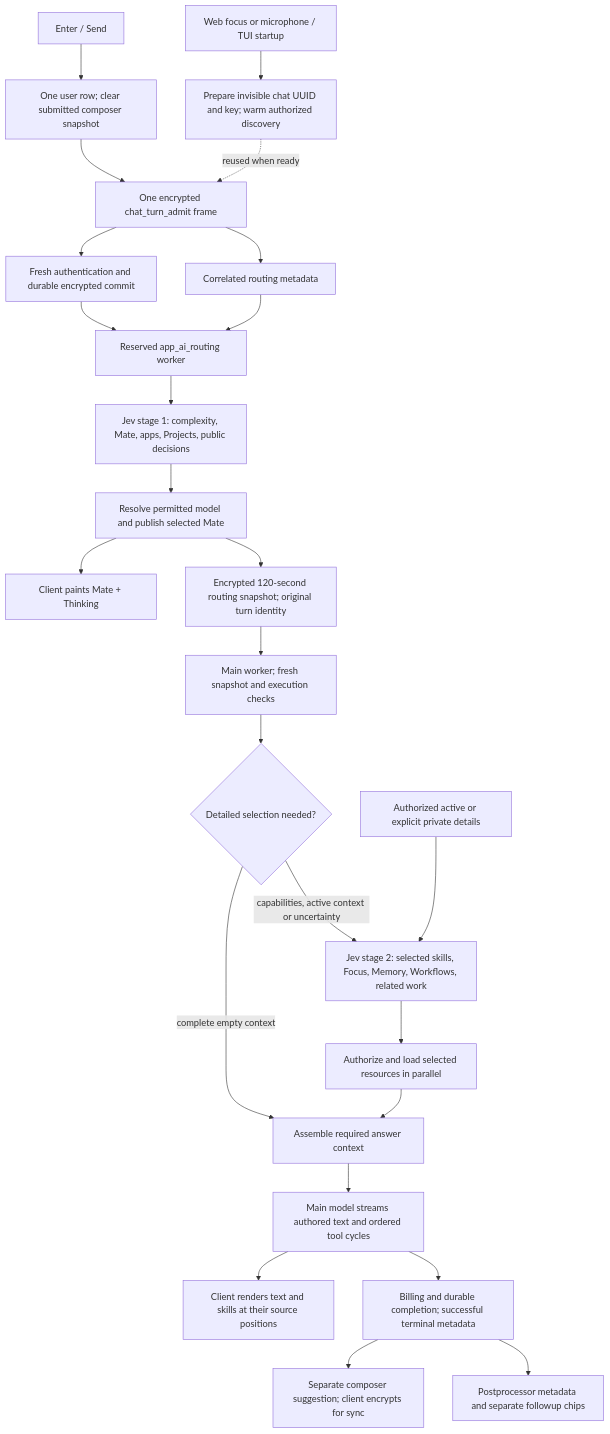
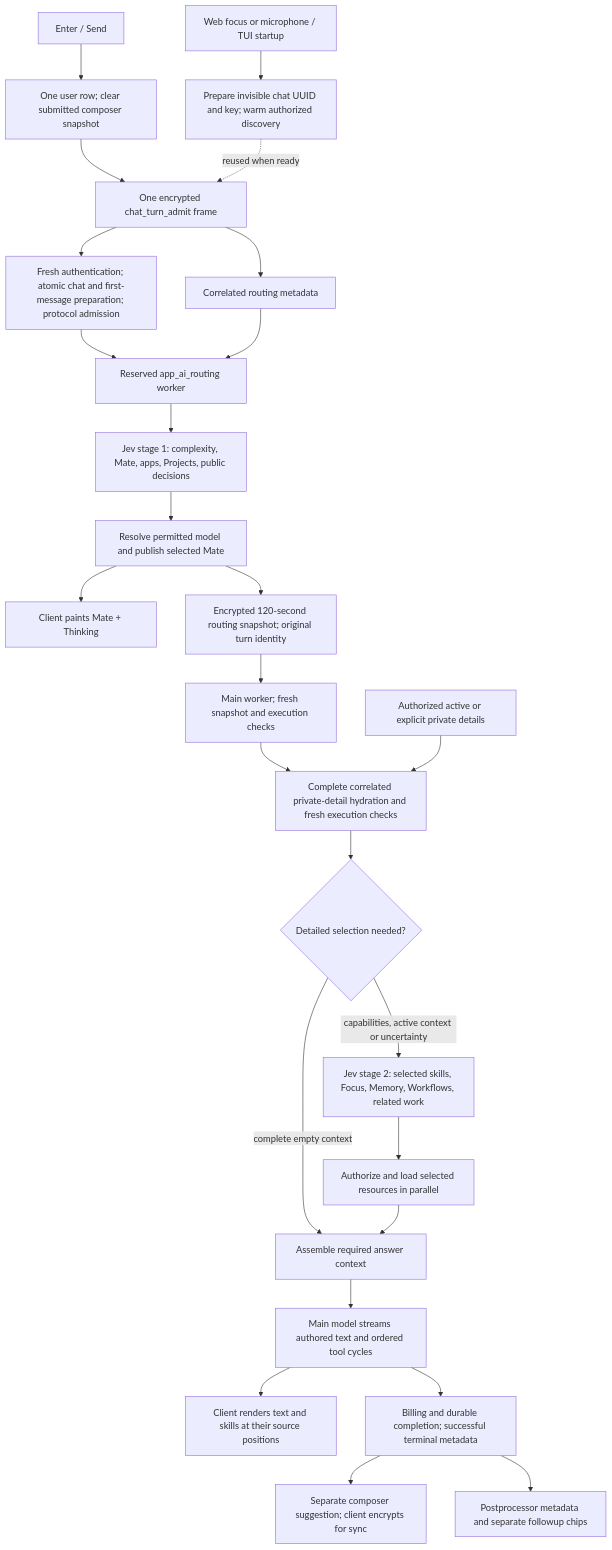
Before and after one commit to glowingkitty/OpenMates: the first of 6 diagrams in docs/plans/chat-latency-improvements/implemented-flow.md, drawn with Mermaid. The commit also changed other lines of this file and 14 other files, not shown here.

````diff
--- a/docs/plans/chat-latency-improvements/implemented-flow.md
+++ b/docs/plans/chat-latency-improvements/implemented-flow.md
@@ -5,27 +5,28 @@
 ```mermaid
 flowchart TD
   Focus[Web focus or microphone / TUI startup] --> Prepare[Prepare invisible chat UUID and key; warm authorized discovery]
   Send[Enter / Send] --> Optimistic[One user row; clear submitted composer snapshot]
   Optimistic --> Admit[One encrypted chat_turn_admit frame]
-  Admit --> Durable[Fresh authentication and durable encrypted commit]
+  Admit --> Durable[Fresh authentication; atomic chat and first-message preparation; protocol admission]
   Prepare -. reused when ready .-> Admit
   Durable --> Router[Reserved app_ai_routing worker]
   Admit --> Headers[Correlated routing metadata]
   Headers --> Router
   Router --> Stage1[Jev stage 1: complexity, Mate, apps, Projects, public decisions]
   Stage1 --> Resolve[Resolve permitted model and publish selected Mate]
   Resolve --> Paint[Client paints Mate + Thinking]
   Resolve --> Handoff[Encrypted 120-second routing snapshot; original turn identity]
   Handoff --> MainQueue[Main worker; fresh snapshot and execution checks]
-  MainQueue --> Need{Detailed selection needed?}
+  MainQueue --> Complete[Complete correlated private-detail hydration and fresh execution checks]
+  Complete --> Need{Detailed selection needed?}
   Need -- complete empty context --> Minimal[Assemble required answer context]
   Need -- capabilities, active context or uncertainty --> Stage2[Jev stage 2: selected skills, Focus, Memory, Workflows, related work]
-  Details[Authorized active or explicit private details] --> Stage2
+  Details[Authorized active or explicit private details] --> Complete
   Stage2 --> Hydrate[Authorize and load selected resources in parallel]
   Hydrate --> Minimal
   Minimal --> Main[Main model streams authored text and ordered tool cycles]
   Main --> Output[Client renders text and skills at their source positions]
   Main --> Final[Billing and durable completion; successful terminal metadata]
   Final --> Ghost[Separate composer suggestion; client encrypts for sync]
   Final --> Post[Postprocessor metadata and separate followup chips]
 ```
````
